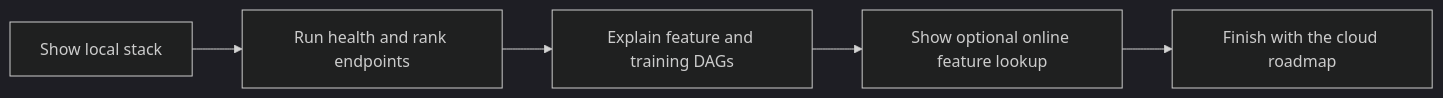
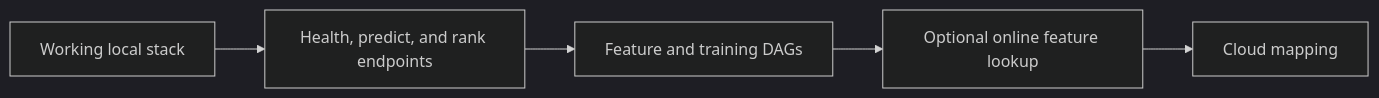
Before and after one commit to javihslu/foehncast: the diagram in docs/site/milestones/ms3.md, drawn with Mermaid (dark theme). The commit also changed other lines of this file and 18 other files, not shown here.

````diff
--- a/docs/site/milestones/ms3.md
+++ b/docs/site/milestones/ms3.md
@@ -9,7 +9,7 @@
-```mermaid
+<div class="mermaid">
 flowchart LR
-    A[Show local stack] --> B[Run health and rank endpoints]
-    B --> C[Explain feature and training DAGs]
-    C --> D[Show optional online feature lookup]
-    D --> E[Finish with the cloud roadmap]
-```
+  A[Working local stack] --> B[Health, predict, and rank endpoints]
+  B --> C[Feature and training DAGs]
+  C --> D[Optional online feature lookup]
+  D --> E[Cloud mapping]
+</div>
````
